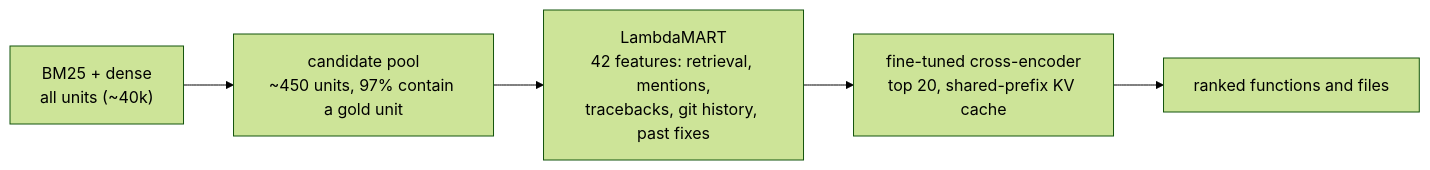
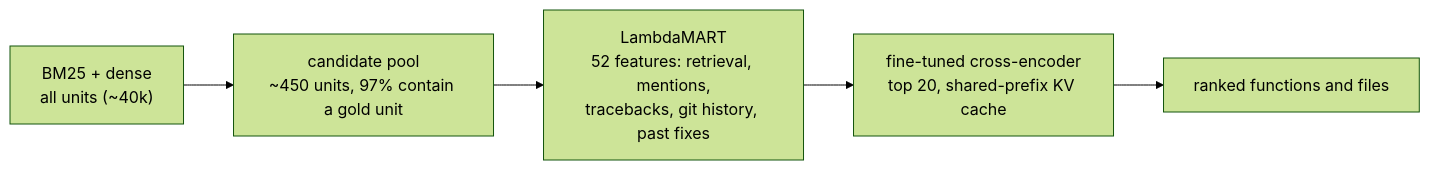
One commit to Lazeeez/Odin changed the second of 2 diagrams in README.md. Above: the diagram before and after it, drawn with Mermaid (forest theme). The commit also changed other lines of this file, not shown here.

````diff
--- a/README.md
+++ b/README.md
@@ -147,7 +147,7 @@
 ```mermaid
 flowchart LR
     A["BM25 + dense<br/>all units (~40k)"] --> B["candidate pool<br/>~450 units, 97% contain a gold unit"]
-    B --> C["LambdaMART<br/>42 features: retrieval, mentions,<br/>tracebacks, git history, past fixes"]
+    B --> C["LambdaMART<br/>52 features: retrieval, mentions,<br/>tracebacks, git history, past fixes"]
     C --> D["fine-tuned cross-encoder<br/>top 20, shared-prefix KV cache"]
     D --> E[ranked functions and files]
 ```
````
